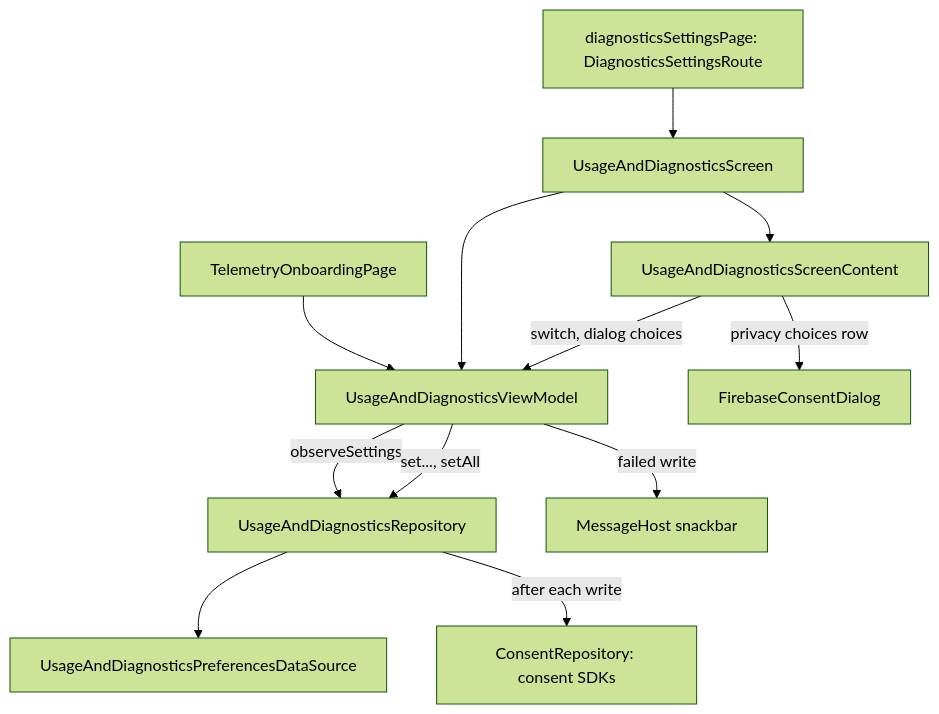
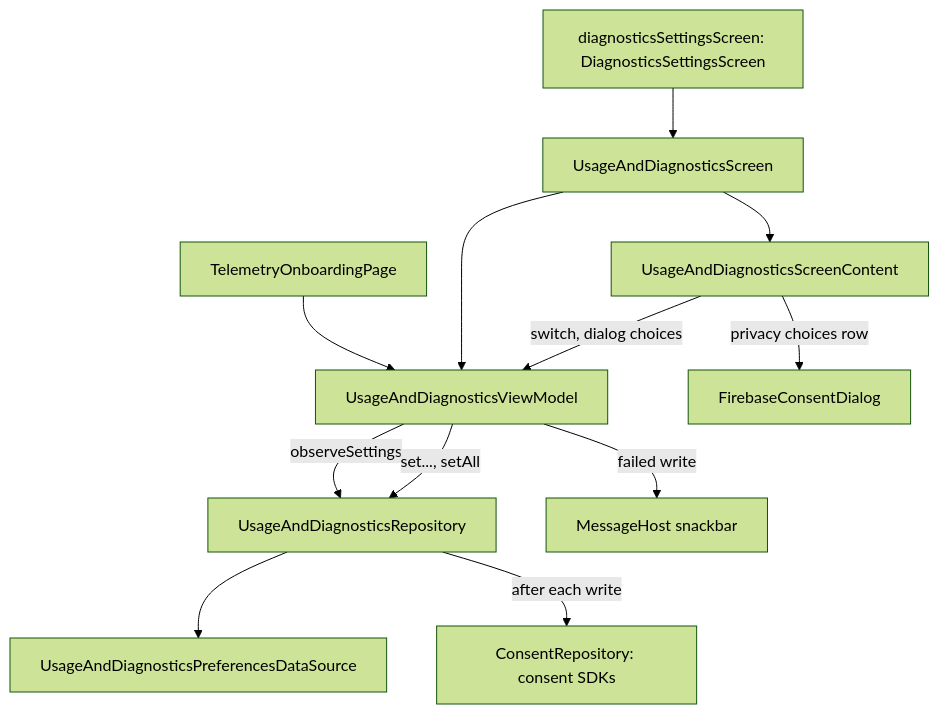
The diagram in library/feature/diagnostics/README.md (MihaiCristianCondrea/App-Toolkit-for-Android), drawn with Mermaid (forest theme) before and after one commit. The commit also changed other lines of this file and 125 other files, not shown here.

````diff
--- a/library/feature/diagnostics/README.md
+++ b/library/feature/diagnostics/README.md
@@ -45,14 +45,14 @@
 ```mermaid
 flowchart TD
-    Page[diagnosticsSettingsPage: DiagnosticsSettingsRoute] --> Screen[UsageAndDiagnosticsScreen]
+    Page[diagnosticsSettingsScreen: DiagnosticsSettingsScreen] --> Screen[UsageAndDiagnosticsScreen]
     Onboarding[TelemetryOnboardingPage] --> VM
     Screen --> VM[UsageAndDiagnosticsViewModel]
     Screen --> Content[UsageAndDiagnosticsScreenContent]
     Content -->|privacy choices row| Dialog[FirebaseConsentDialog]
     Content -->|switch, dialog choices| VM
     VM -->|observeSettings| Repo[UsageAndDiagnosticsRepository]
     VM -->|set..., setAll| Repo
     Repo --> Store[UsageAndDiagnosticsPreferencesDataSource]
     Repo -->|after each write| Consent[ConsentRepository: consent SDKs]
     VM -->|failed write| Messages[MessageHost snackbar]
 ```
````
